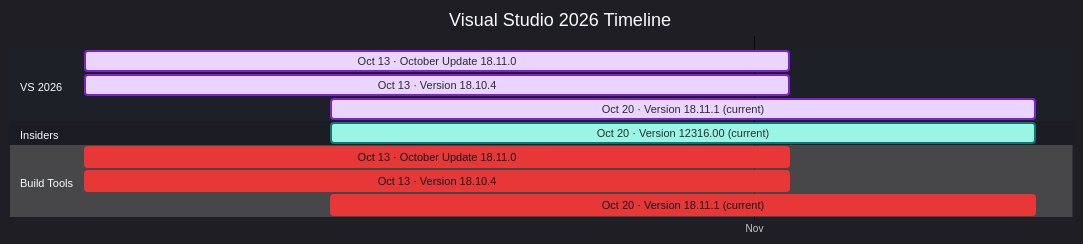
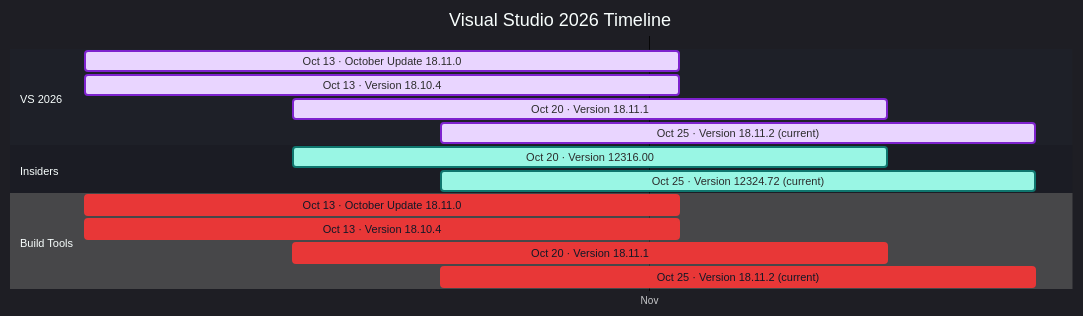
Before and after one commit to Oxelya-DevTools/VisualStudioUpdate: the diagram in docs/visual-studio-2026.md, drawn with Mermaid. The commit also changed other lines of this file and 3 other files, not shown here.

````diff
--- a/docs/visual-studio-2026.md
+++ b/docs/visual-studio-2026.md
@@ -9,18 +9,21 @@
 ```mermaid
 %%{init: {'theme':'dark','themeVariables': { 'fontFamily': 'Segoe UI', 'fontSize': '24px', 'textColor': '#F3F4F6', 'titleTextColor': '#FFFFFF', 'taskTextColor': '#111827', 'taskTextLightColor': '#111827', 'taskTextOutsideColor': '#F3F4F6', 'taskBkgColor': '#BAE6FD', 'taskBorderColor': '#0369A1', 'doneTaskBkgColor': '#E9D5FF', 'doneTaskBorderColor': '#7E22CE', 'activeTaskBkgColor': '#99F6E4', 'activeTaskBorderColor': '#0F766E', 'critTaskBkgColor': '#FED7AA', 'critTaskBorderColor': '#C2410C', 'sectionBkgColor': '#1F2937', 'altSectionBkgColor': '#111827', 'gridColor': '#4B5563', 'todayLineColor': '#F87171' }}}%%
 gantt
     title Visual Studio 2026 Timeline
     dateFormat  YYYY-MM-DD
     axisFormat  %b
     tickInterval 1month
     section VS 2026
     Oct 13 · October Update 18.11.0 : done, vs2026202610130, 2026-10-13, 20d
     Oct 13 · Version 18.10.4 : done, vs2026202610131, 2026-10-13, 20d
-    Oct 20 · Version 18.11.1 (current) : done, vs2026202610202, 2026-10-20, 20d
+    Oct 20 · Version 18.11.1 : done, vs2026202610202, 2026-10-20, 20d
+    Oct 25 · Version 18.11.2 (current) : done, vs2026202610253, 2026-10-25, 20d
     section Insiders
-    Oct 20 · Version 12316.00 (current) : active, insiders202610200, 2026-10-20, 20d
+    Oct 20 · Version 12316.00 : active, insiders202610200, 2026-10-20, 20d
+    Oct 25 · Version 12324.72 (current) : active, insiders202610251, 2026-10-25, 20d
     section Build Tools
     Oct 13 · October Update 18.11.0 : crit, buildtools202610130, 2026-10-13, 20d
     Oct 13 · Version 18.10.4 : crit, buildtools202610131, 2026-10-13, 20d
-    Oct 20 · Version 18.11.1 (current) : crit, buildtools202610202, 2026-10-20, 20d
+    Oct 20 · Version 18.11.1 : crit, buildtools202610202, 2026-10-20, 20d
+    Oct 25 · Version 18.11.2 (current) : crit, buildtools202610253, 2026-10-25, 20d
 ```
````
